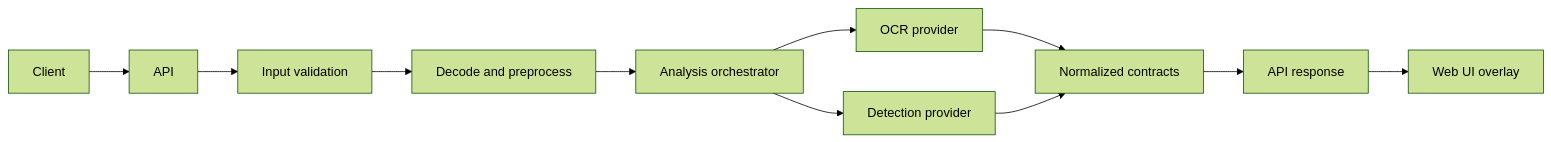
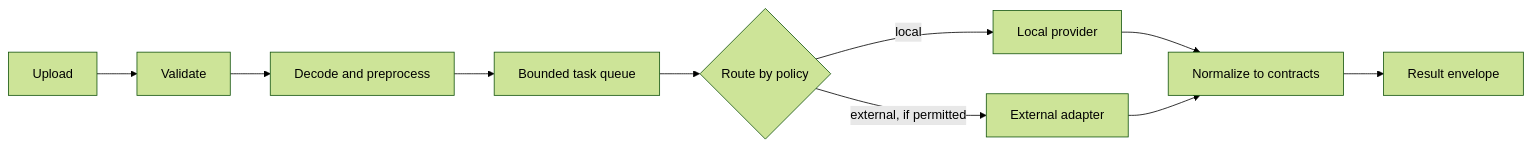
One commit to TKJ-Networkers31/VISTA_Project changed the second of 3 diagrams in docs/ARCHITECTURE.md. Above: the diagram before and after it, drawn with Mermaid (forest theme). The commit also changed other lines of this file and 44 other files, not shown here.

````diff
--- a/docs/ARCHITECTURE.md
+++ b/docs/ARCHITECTURE.md
@@ -30,13 +47,9 @@
 ```mermaid
 flowchart LR
-  C[Client] --> A[API]
-  A --> V[Input validation]
-  V --> D[Decode and preprocess]
-  D --> O[Analysis orchestrator]
-  O --> OCR[OCR provider]
-  O --> DET[Detection provider]
-  OCR --> N[Normalized contracts]
-  DET --> N
-  N --> R[API response]
-  R --> UI[Web UI overlay]
+  U[Upload] --> V[Validate] --> D[Decode and preprocess] --> Q[Bounded task queue] --> R{Route by policy}
+  R -->|local| L[Local provider]
+  R -->|external, if permitted| E[External adapter]
+  L --> N[Normalize to contracts]
+  E --> N
+  N --> ENV[Result envelope]
 ```
````
